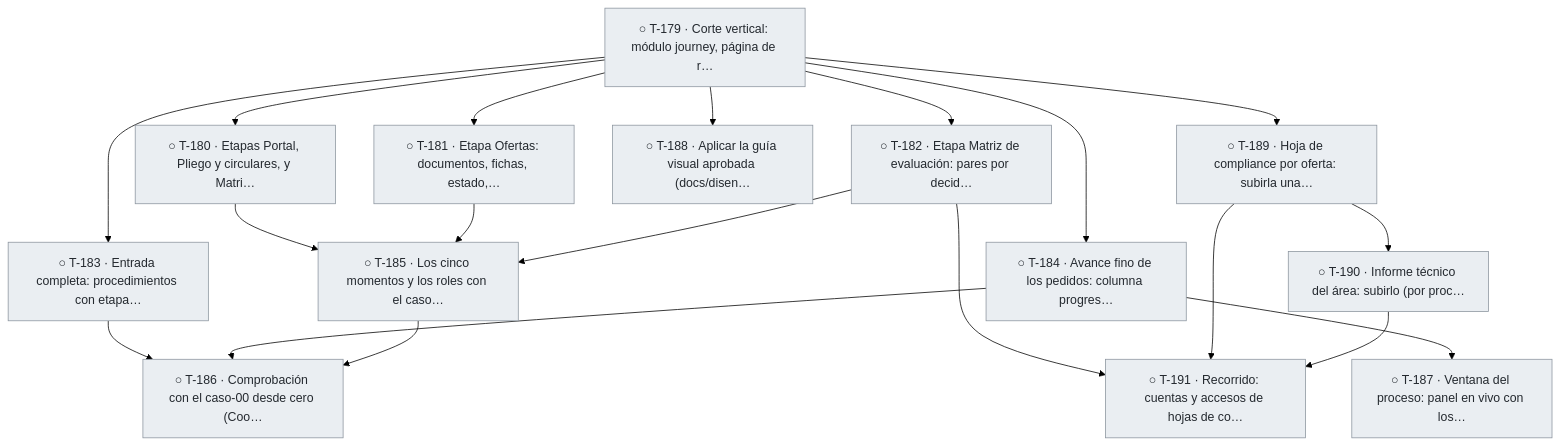
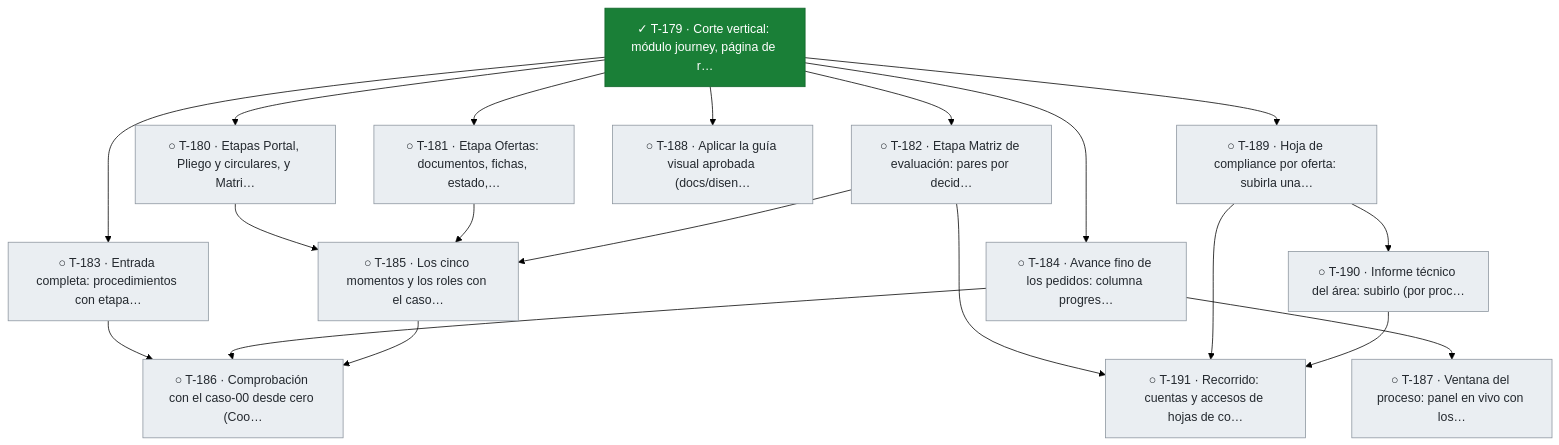
One commit to snavello/EVALUON changed diagram 13 of 13 in docs/tablero.md. Above: the diagram before and after it, drawn with Mermaid (forest theme). The commit also changed other lines of this file and 1 other file, not shown here.

````diff
--- a/docs/tablero.md
+++ b/docs/tablero.md
@@ -982,39 +982,39 @@
 ```mermaid
 flowchart TD
-  T179["○ T-179 · Corte vertical: módulo journey, página de r…"]:::todo
+  T179["✓ T-179 · Corte vertical: módulo journey, página de r…"]:::done
   T180["○ T-180 · Etapas Portal, Pliego y circulares, y Matri…"]:::todo
   T181["○ T-181 · Etapa Ofertas: documentos, fichas, estado,…"]:::todo
   T182["○ T-182 · Etapa Matriz de evaluación: pares por decid…"]:::todo
   T183["○ T-183 · Entrada completa: procedimientos con etapa…"]:::todo
   T184["○ T-184 · Avance fino de los pedidos: columna progres…"]:::todo
   T187["○ T-187 · Ventana del proceso: panel en vivo con los…"]:::todo
   T188["○ T-188 · Aplicar la guía visual aprobada (docs/disen…"]:::todo
   T189["○ T-189 · Hoja de compliance por oferta: subirla una…"]:::todo
   T190["○ T-190 · Informe técnico del área: subirlo (por proc…"]:::todo
   T191["○ T-191 · Recorrido: cuentas y accesos de hojas de co…"]:::todo
   T185["○ T-185 · Los cinco momentos y los roles con el caso…"]:::todo
   T186["○ T-186 · Comprobación con el caso-00 desde cero (Coo…"]:::todo
   T179 --> T180
   T179 --> T181
   T179 --> T182
   T179 --> T183
   T179 --> T184
   T184 --> T187
   T179 --> T188
   T179 --> T189
   T189 --> T190
   T182 --> T191
   T189 --> T191
   T190 --> T191
   T180 --> T185
   T181 --> T185
   T182 --> T185
   T183 --> T186
   T184 --> T186
   T185 --> T186
   classDef done fill:#1a7f37,stroke:#116329,color:#ffffff
   classDef review fill:#0969da,stroke:#0550ae,color:#ffffff
   classDef active fill:#bf8700,stroke:#7d4e00,color:#ffffff
   classDef blocked fill:#cf222e,stroke:#a40e26,color:#ffffff
   classDef todo fill:#eaeef2,stroke:#8c959f,color:#24292f
 ```
````
